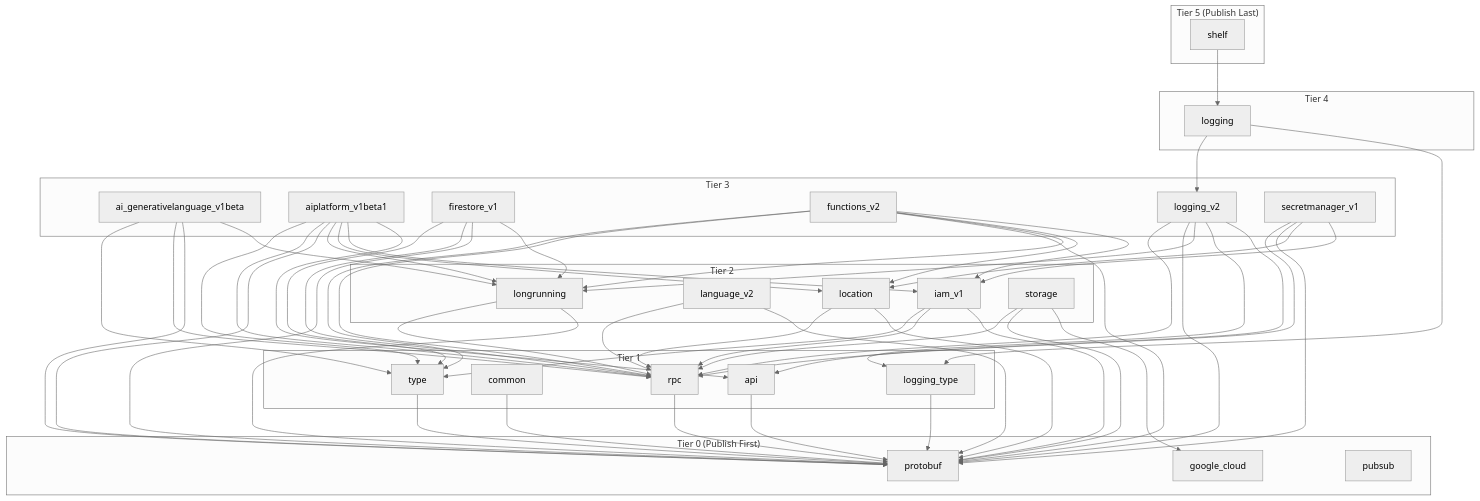
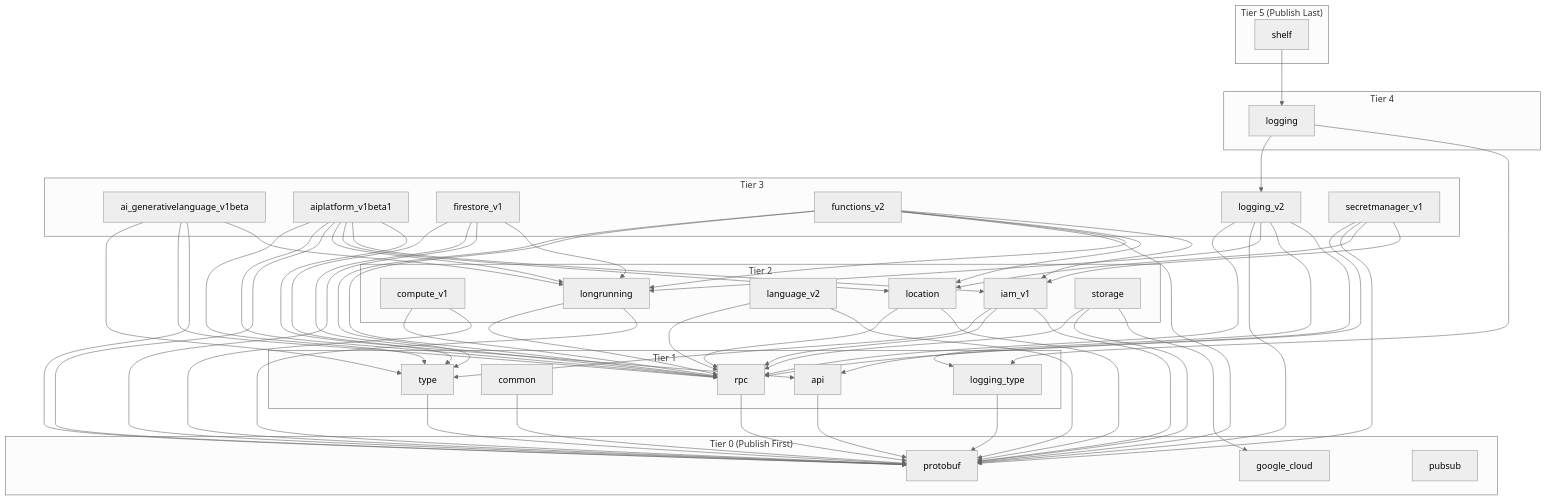
The diagram in DEVELOPER_GUIDE.md (googleapis/google-cloud-dart), drawn with Mermaid (neutral theme) before and after one commit. The commit also changed 18 other files, not shown here.

Commit message:
feat(google_cloud_compute_v1): initial commit (#323)

```diff
--- a/DEVELOPER_GUIDE.md
+++ b/DEVELOPER_GUIDE.md
@@ -29,6 +29,7 @@
   end
 
   subgraph Tier2 ["Tier 2"]
+    google_cloud_compute_v1["compute_v1"]
     google_cloud_iam_v1["iam_v1"]
     google_cloud_language_v2["language_v2"]
     google_cloud_location["location"]
@@ -66,6 +67,8 @@
   google_cloud_aiplatform_v1beta1 --> google_cloud_type
   google_cloud_api --> google_cloud_protobuf
   google_cloud_common --> google_cloud_protobuf
+  google_cloud_compute_v1 --> google_cloud_protobuf
+  google_cloud_compute_v1 --> google_cloud_rpc
   google_cloud_firestore_v1 --> google_cloud_longrunning
   google_cloud_firestore_v1 --> google_cloud_protobuf
   google_cloud_firestore_v1 --> google_cloud_rpc
```
